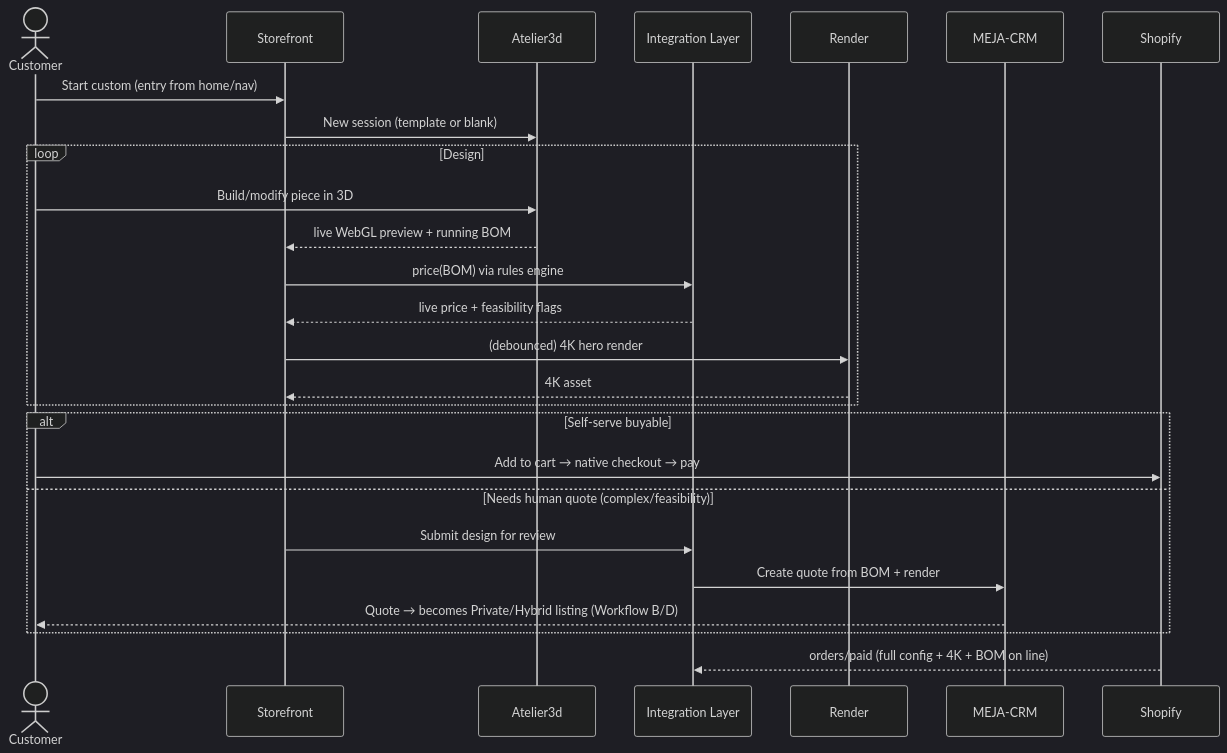
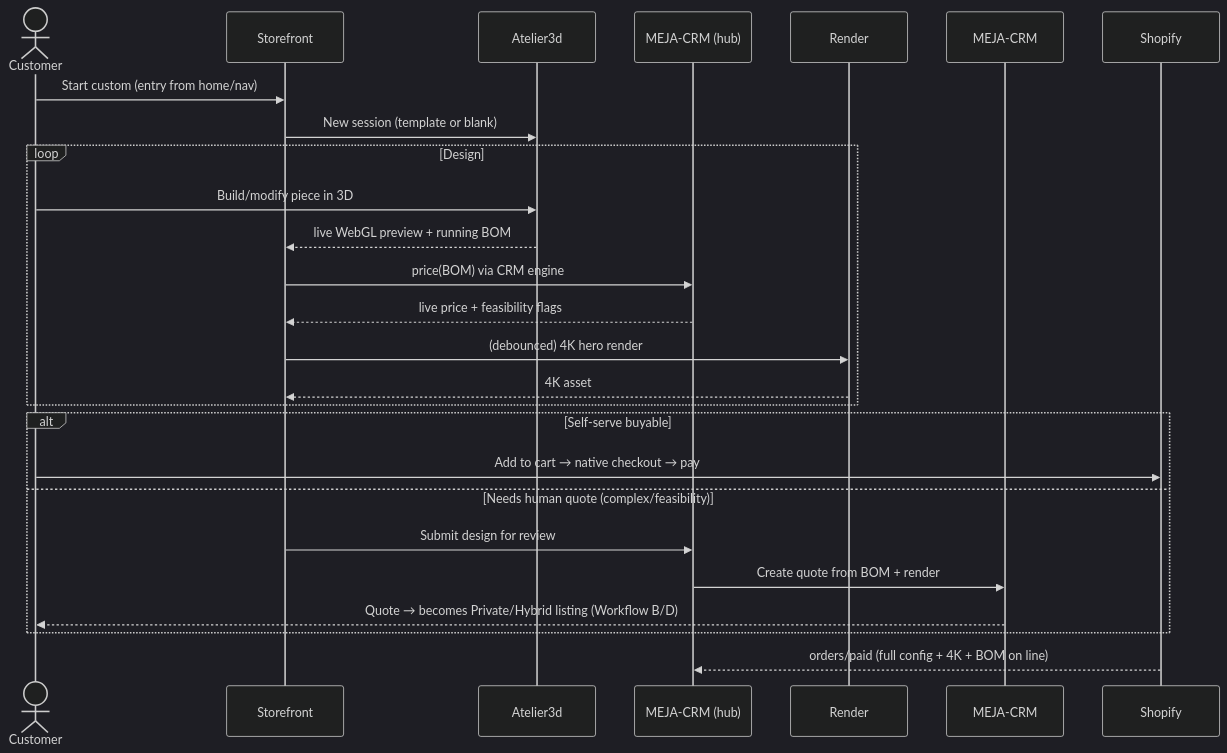
One commit to jfsgi/MEJA-ShopifyStore changed the fifth of 13 diagrams in docs/03-Product-Workflows.md. Above: the diagram before and after it, drawn with Mermaid (dark theme). The commit also changed other lines of this file and 7 other files, not shown here.

````diff
--- a/docs/03-Product-Workflows.md
+++ b/docs/03-Product-Workflows.md
@@ -188,28 +190,28 @@
 ```mermaid
 sequenceDiagram
     actor C as Customer
     participant ST as Storefront
     participant A3 as Atelier3d
-    participant IL as Integration Layer
+    participant IL as MEJA-CRM (hub)
     participant R as Render
     participant CRM as MEJA-CRM
     participant SH as Shopify
     C->>ST: Start custom (entry from home/nav)
     ST->>A3: New session (template or blank)
     loop Design
         C->>A3: Build/modify piece in 3D
         A3-->>ST: live WebGL preview + running BOM
-        ST->>IL: price(BOM) via rules engine
+        ST->>IL: price(BOM) via CRM engine
         IL-->>ST: live price + feasibility flags
         ST->>R: (debounced) 4K hero render
         R-->>ST: 4K asset
     end
     alt Self-serve buyable
         C->>SH: Add to cart → native checkout → pay
     else Needs human quote (complex/feasibility)
         ST->>IL: Submit design for review
         IL->>CRM: Create quote from BOM + render
         CRM-->>C: Quote → becomes Private/Hybrid listing (Workflow B/D)
     end
     SH-->>IL: orders/paid (full config + 4K + BOM on line)
 ```
````
